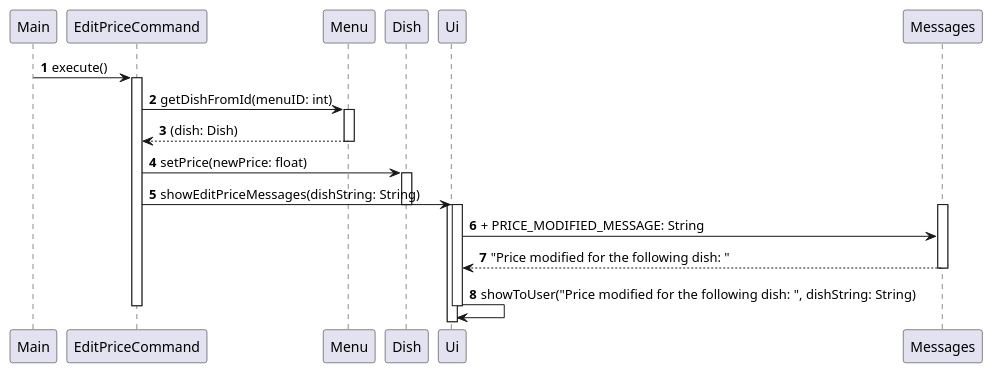
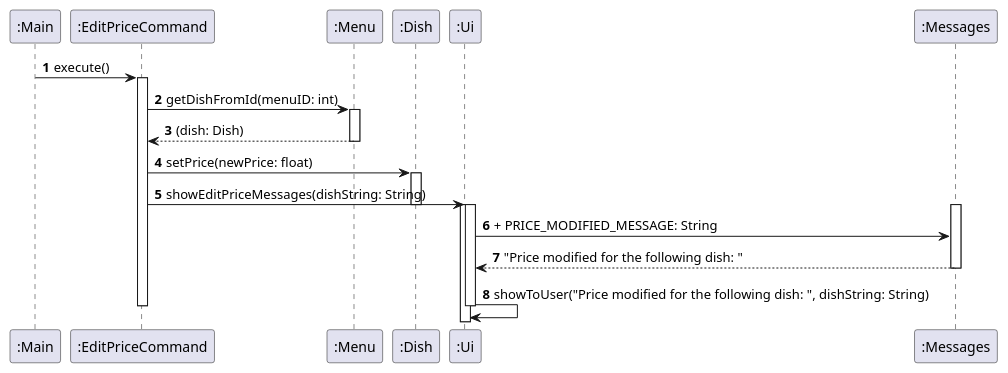
The diagram in docs/diagrams/sequence/EditPriceCommand_execute.puml (nus-cs2113-AY2324S1/tp), drawn with PlantUML before and after one commit.

Commit message:
EditPriceCommand_execute.puml: add semicolon before class name

```diff
--- a/docs/diagrams/sequence/EditPriceCommand_execute.puml
+++ b/docs/diagrams/sequence/EditPriceCommand_execute.puml
@@ -1,26 +1,32 @@
 @startuml
 'https://plantuml.com/sequence-diagram
 
 autonumber
+participant ":Main" as Main
+participant ":EditPriceCommand" as EditPriceCommand
+participant ":Menu" as Menu
+participant ":Dish" as Dish
+participant ":Ui" as Ui
+participant ":Messages" as Messages
 
 Main -> EditPriceCommand: execute()
 activate EditPriceCommand
 EditPriceCommand -> Menu:getDishFromId(menuID: int)
 activate Menu
 Menu --> EditPriceCommand: (dish: Dish)
 deactivate Menu
 EditPriceCommand -> Dish: setPrice(newPrice: float)
 activate Dish
 EditPriceCommand -> Ui: showEditPriceMessages(dishString: String)
 deactivate Dish
 activate Ui
 activate Messages
 activate Ui
 Ui -> Messages: + PRICE_MODIFIED_MESSAGE: String
 Messages --> Ui: "Price modified for the following dish: "
 deactivate Messages
 Ui -> Ui: showToUser("Price modified for the following dish: ", dishString: String)
 deactivate Ui
 deactivate EditPriceCommand
 deactivate Dish
 @enduml
```
